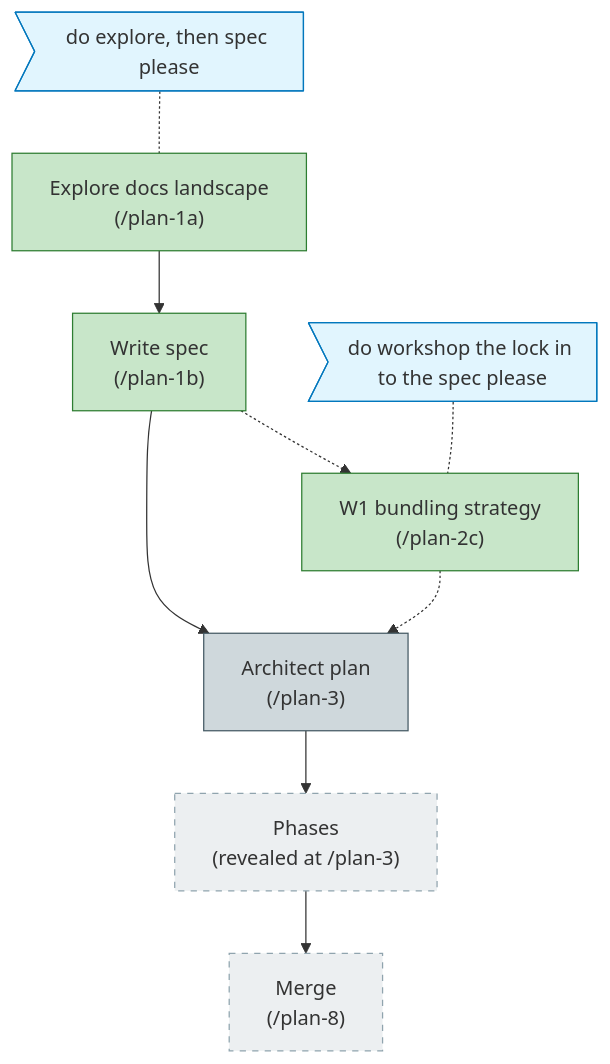
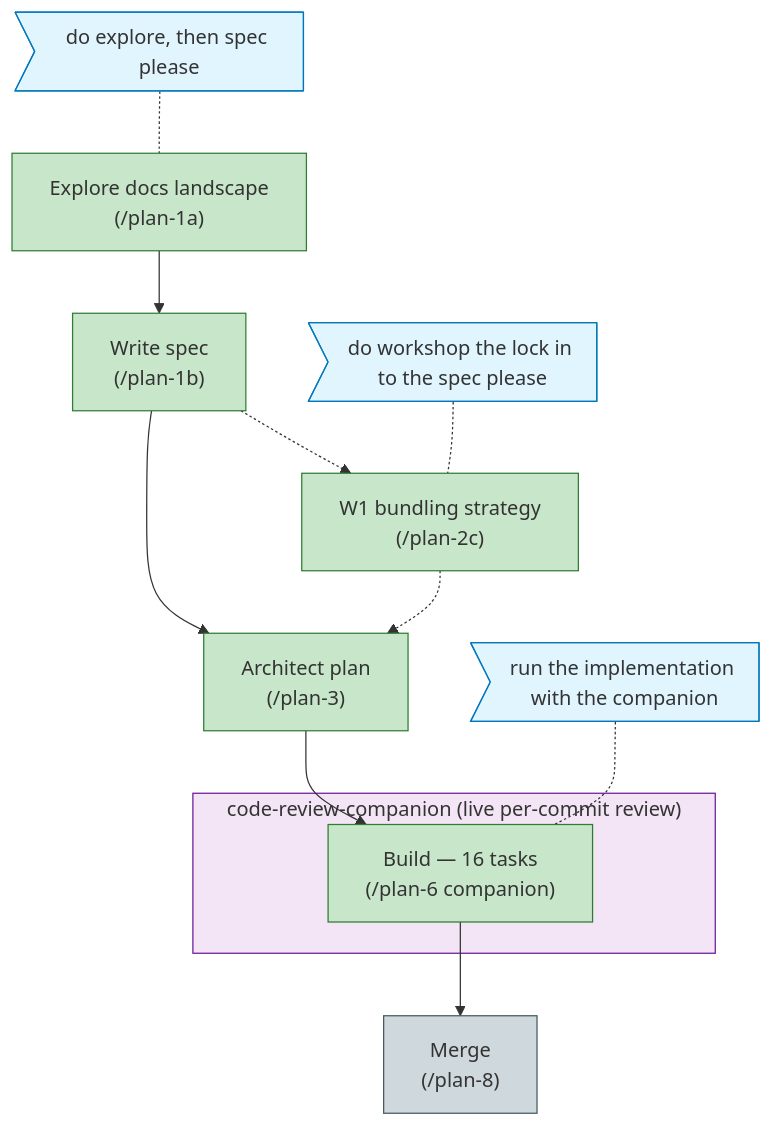
The diagram in docs/plans/007-first-class-documentation/the-flow.md (AI-Substrate/harness-engineering), drawn with Mermaid before and after one commit. The commit also changed other lines of this file and 2 other files, not shown here.

Commit message:
chore(flow): mark plan 007 Build complete; next is merge

````diff
--- a/docs/plans/007-first-class-documentation/the-flow.md
+++ b/docs/plans/007-first-class-documentation/the-flow.md
@@ -4,24 +4,32 @@
 ```mermaid
 flowchart TD
   classDef done fill:#C8E6C9,stroke:#2E7D32;
   classDef wip fill:#FFE0B2,stroke:#EF6C00;
   classDef blocked fill:#FFCDD2,stroke:#C62828;
   classDef known fill:#CFD8DC,stroke:#455A64;
   classDef assumed fill:#ECEFF1,stroke:#90A4AE,stroke-dasharray:5 5;
   classDef said fill:#E1F5FE,stroke:#0277BD;
+  classDef companion fill:#F3E5F5,stroke:#6A1B9A;
 
   research["Explore docs landscape<br/>(/plan-1a)"]:::done
   spec["Write spec<br/>(/plan-1b)"]:::done
   workshop_w1["W1 bundling strategy<br/>(/plan-2c)"]:::done
-  plan["Architect plan<br/>(/plan-3)"]:::known
-  phases["Phases<br/>(revealed at /plan-3)"]:::assumed
-  merge["Merge<br/>(/plan-8)"]:::assumed
+  plan["Architect plan<br/>(/plan-3)"]:::done
+
+  subgraph companion_wrap["code-review-companion (live per-commit review)"]
+    phases["Build — 16 tasks<br/>(/plan-6 companion)"]:::done
+  end
+  class companion_wrap companion
+
+  merge["Merge<br/>(/plan-8)"]:::known
 
   said_research>"do explore, then spec please"]:::said
   said_research -.- research
   said_w1>"do workshop the lock in to the spec please"]:::said
   said_w1 -.- workshop_w1
+  said_build>"run the implementation with the companion"]:::said
+  said_build -.- phases
 
   research --> spec --> plan --> phases --> merge
   spec -.-> workshop_w1 -.-> plan
 ```
````
